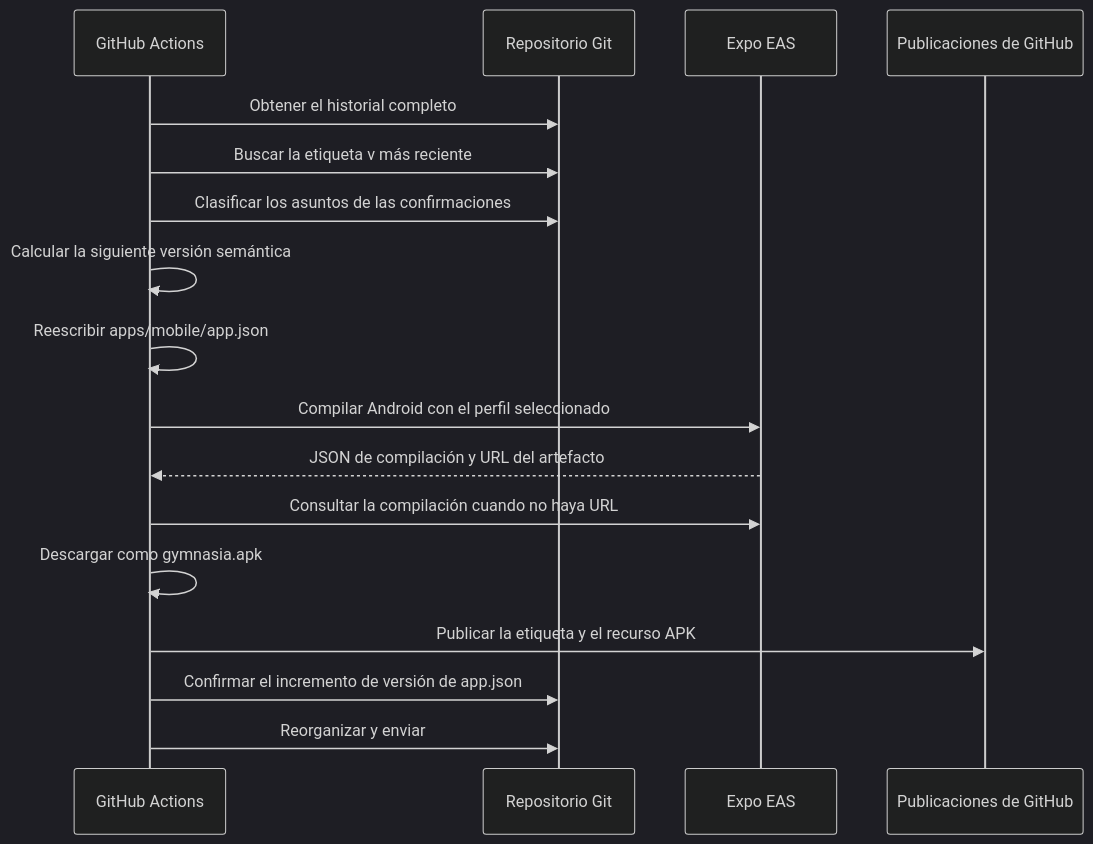
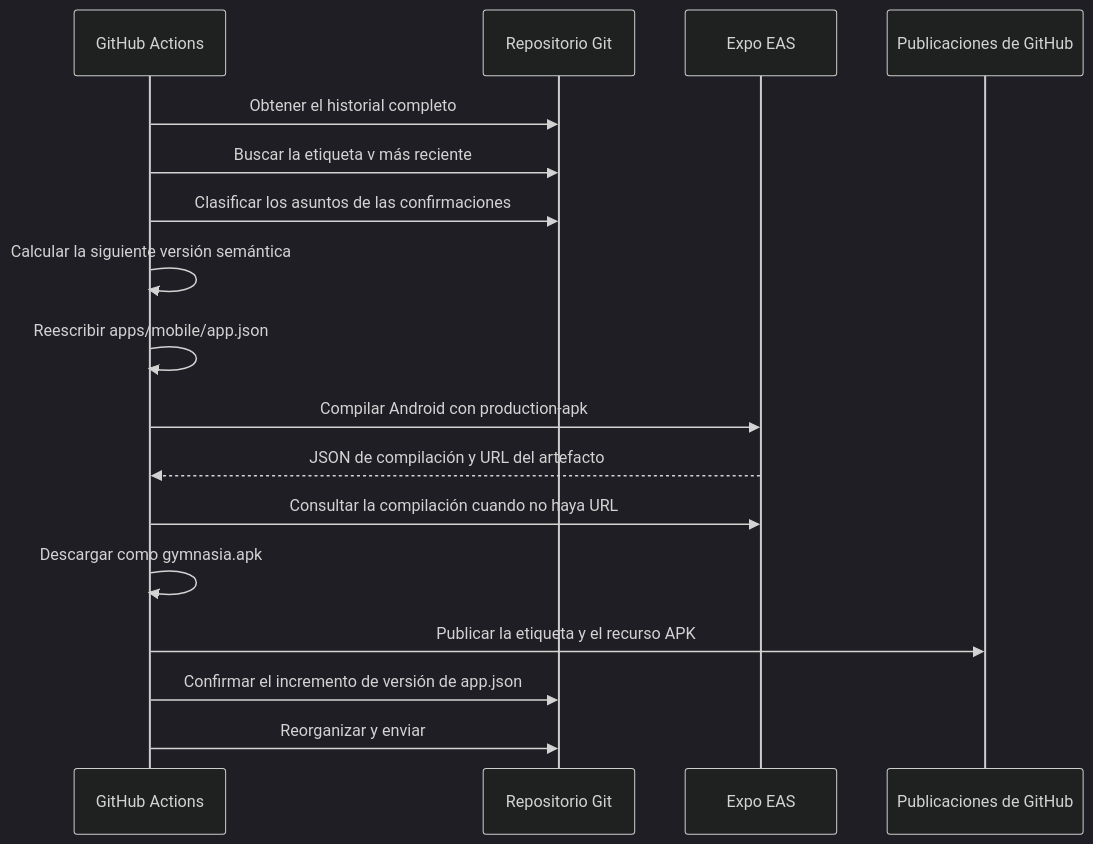
Before and after one commit to maximofn/gymnasia: the second of 2 diagrams in openwiki/operations/build-release-and-testing.md, drawn with Mermaid (dark theme). The commit also changed other lines of this file and 6 other files, not shown here.

Commit message:
fix(release): compilar solo el APK de producción

````diff
--- a/openwiki/operations/build-release-and-testing.md
+++ b/openwiki/operations/build-release-and-testing.md
@@ -209,20 +209,20 @@
 ```mermaid
 sequenceDiagram
     participant GH as GitHub Actions
     participant Git as Repositorio Git
     participant EAS as Expo EAS
     participant Rel as Publicaciones de GitHub
 
     GH->>Git: Obtener el historial completo
     GH->>Git: Buscar la etiqueta v más reciente
     GH->>Git: Clasificar los asuntos de las confirmaciones
     GH->>GH: Calcular la siguiente versión semántica
     GH->>GH: Reescribir apps/mobile/app.json
-    GH->>EAS: Compilar Android con el perfil seleccionado
+    GH->>EAS: Compilar Android con production-apk
     EAS-->>GH: JSON de compilación y URL del artefacto
     GH->>EAS: Consultar la compilación cuando no haya URL
     GH->>GH: Descargar como gymnasia.apk
     GH->>Rel: Publicar la etiqueta y el recurso APK
     GH->>Git: Confirmar el incremento de versión de app.json
     GH->>Git: Reorganizar y enviar
 ```
````
